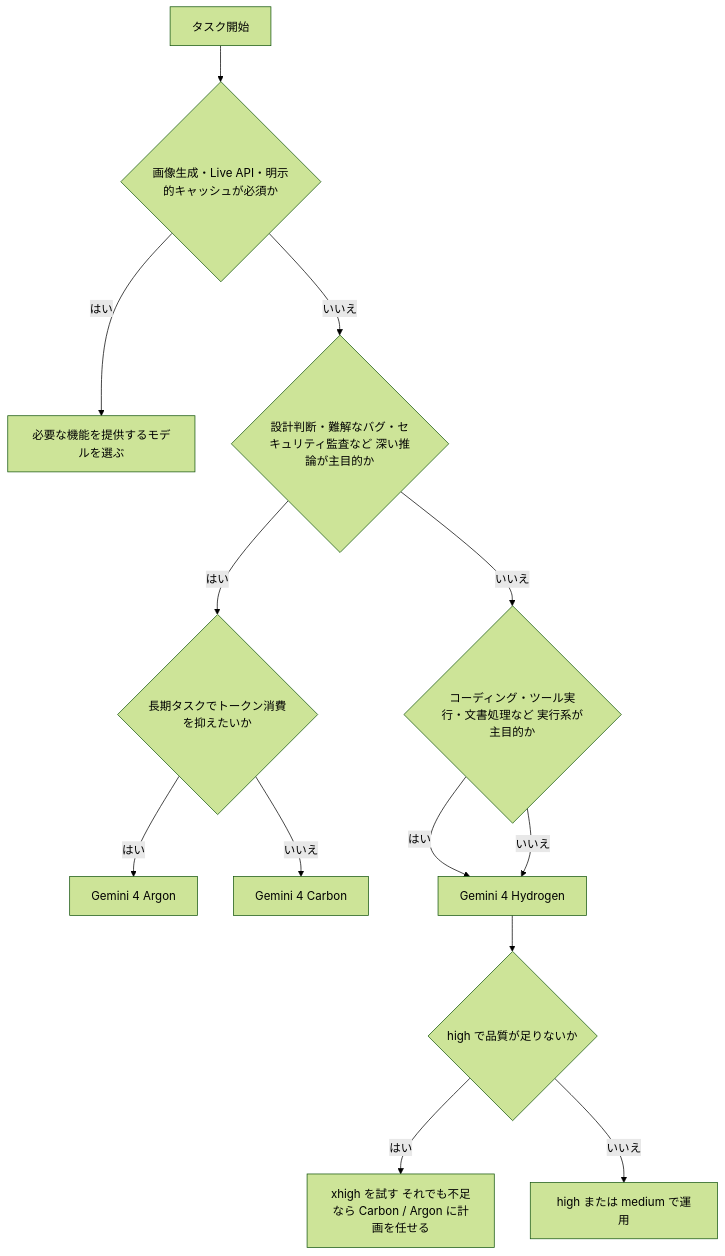
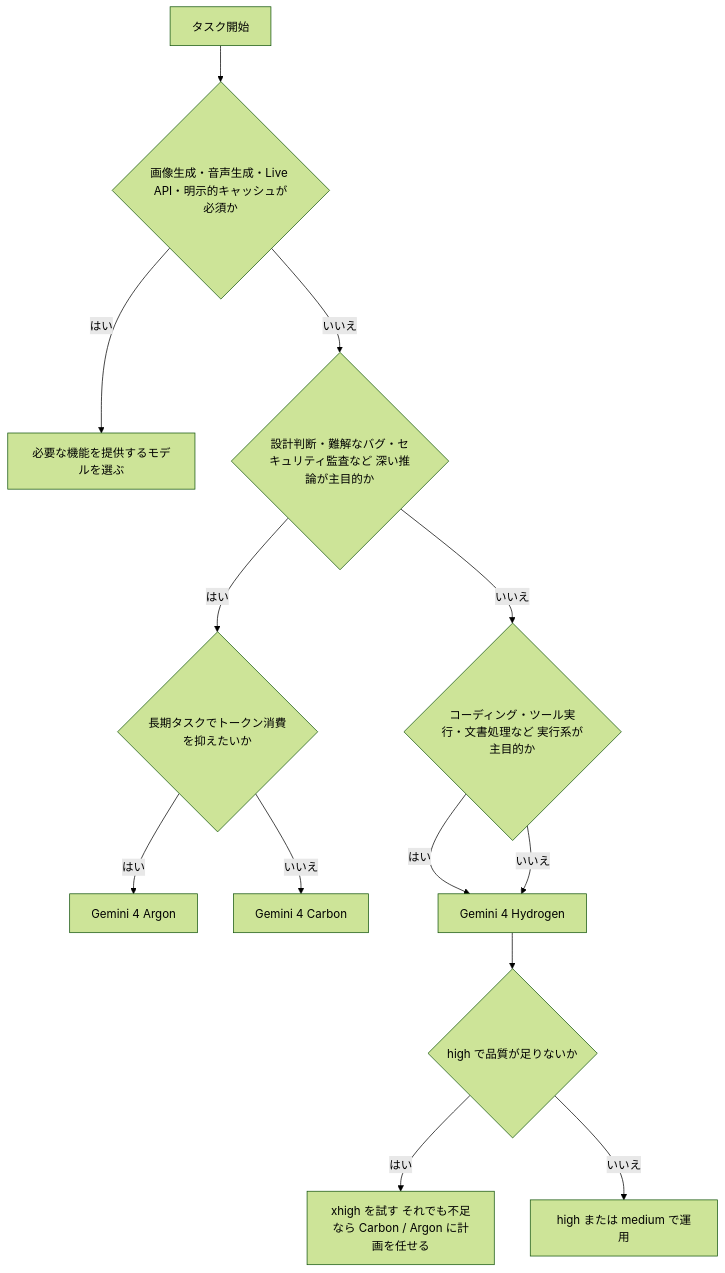
The second of 10 diagrams in Gemini-4-hydrogen-guide.md (myoshi2891/Comparison-of-LLMs), drawn with Mermaid (forest theme) before and after one commit. The commit also changed other lines of this file and 3 other files, not shown here.

````diff
--- a/Gemini-4-hydrogen-guide.md
+++ b/Gemini-4-hydrogen-guide.md
@@ -106,15 +107,15 @@
 ```mermaid
 flowchart TD
-    S["タスク開始"] --> Q4{"画像生成・Live API・明示的キャッシュが必須か"}
+    S["タスク開始"] --> Q4{"画像生成・音声生成・Live API・明示的キャッシュが必須か"}
     Q4 -- "はい" --> OTHER["必要な機能を提供するモデルを選ぶ"]
     Q4 -- "いいえ" --> Q1{"設計判断・難解なバグ・セキュリティ監査など 深い推論が主目的か"}
     Q1 -- "はい" --> Q2{"長期タスクでトークン消費を抑えたいか"}
     Q2 -- "はい" --> ARGON["Gemini 4 Argon"]
     Q2 -- "いいえ" --> CARBON["Gemini 4 Carbon"]
     Q1 -- "いいえ" --> Q3{"コーディング・ツール実行・文書処理など 実行系が主目的か"}
     Q3 -- "はい" --> HYD["Gemini 4 Hydrogen"]
     Q3 -- "いいえ" --> HYD
     HYD --> Q5{"high で品質が足りないか"}
     Q5 -- "はい" --> XH["xhigh を試す それでも不足なら Carbon / Argon に計画を任せる"]
     Q5 -- "いいえ" --> DONE["high または medium で運用"]
 ```
````
